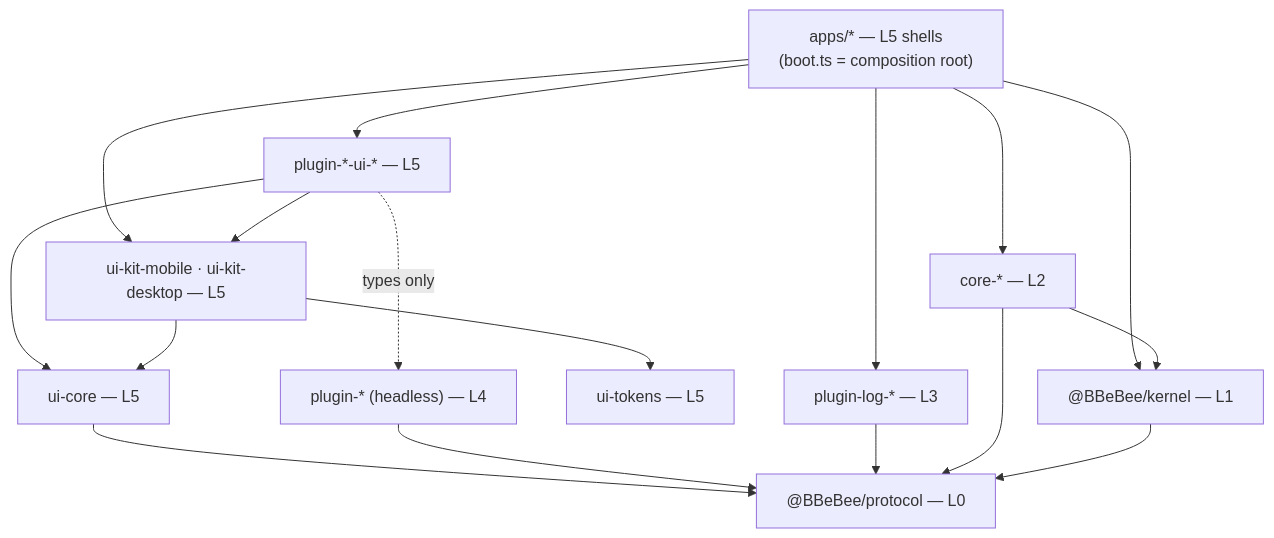
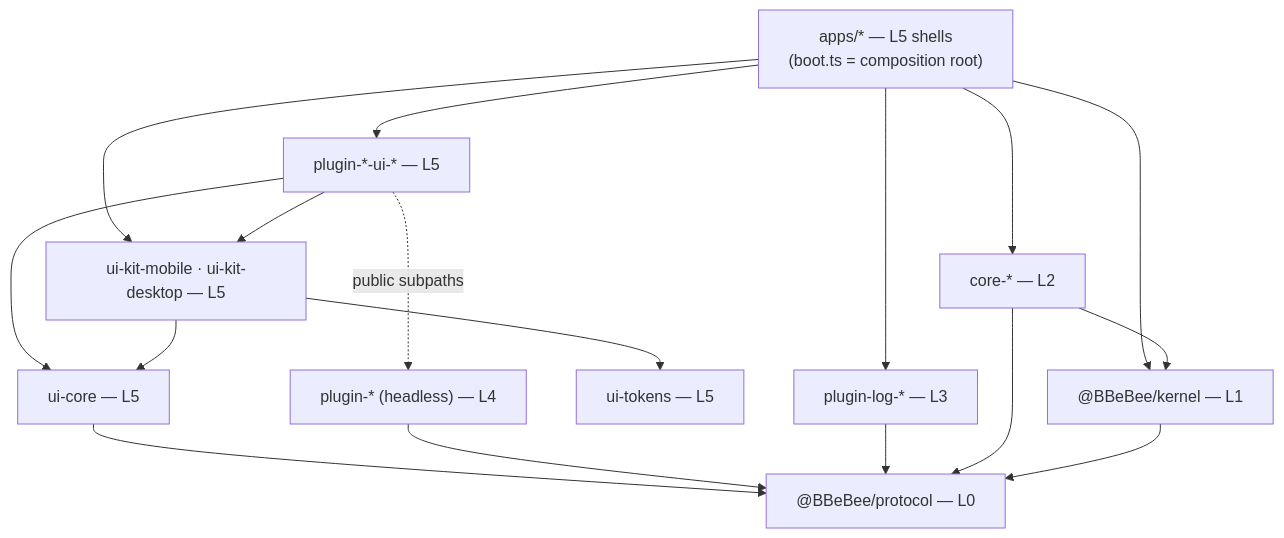
One commit to BBeBeeX/B_Be_Bee_X changed the diagram in docs/09-project-structure.md. Above: the diagram before and after it, drawn with Mermaid. The commit also changed other lines of this file and 7 other files, not shown here.

````diff
--- a/docs/09-project-structure.md
+++ b/docs/09-project-structure.md
@@ -311,19 +312,19 @@
 ```mermaid
 flowchart TD
     apps["apps/* — L5 shells<br/>(boot.ts = composition root)"] --> uikit["ui-kit-mobile · ui-kit-desktop — L5"]
     apps --> kernel["@BBeBee/kernel — L1"]
     apps --> pluginui["plugin-*-ui-* — L5"]
     pluginui --> uikit
     pluginui --> uicore["ui-core — L5"]
     uikit --> uicore
     uikit --> tokens["ui-tokens — L5"]
     uicore --> protocol["@BBeBee/protocol — L0"]
-    pluginui -.->|types only| headless["plugin-* (headless) — L4"]
+    pluginui -.->|public subpaths| headless["plugin-* (headless) — L4"]
     headless --> protocol
     logs["plugin-log-* — L3"] --> protocol
     core["core-* — L2"] --> protocol
     core --> kernel
     kernel --> protocol
     apps --> core
     apps --> logs
 ```
````
